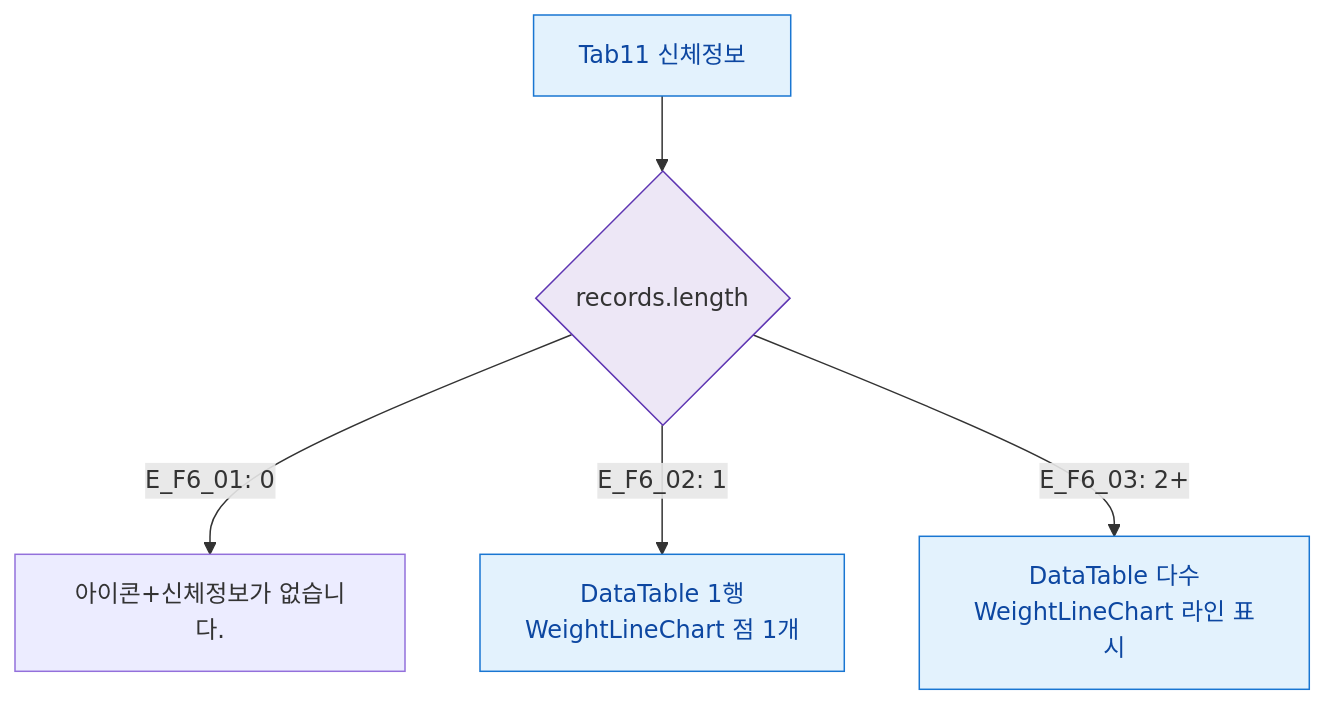
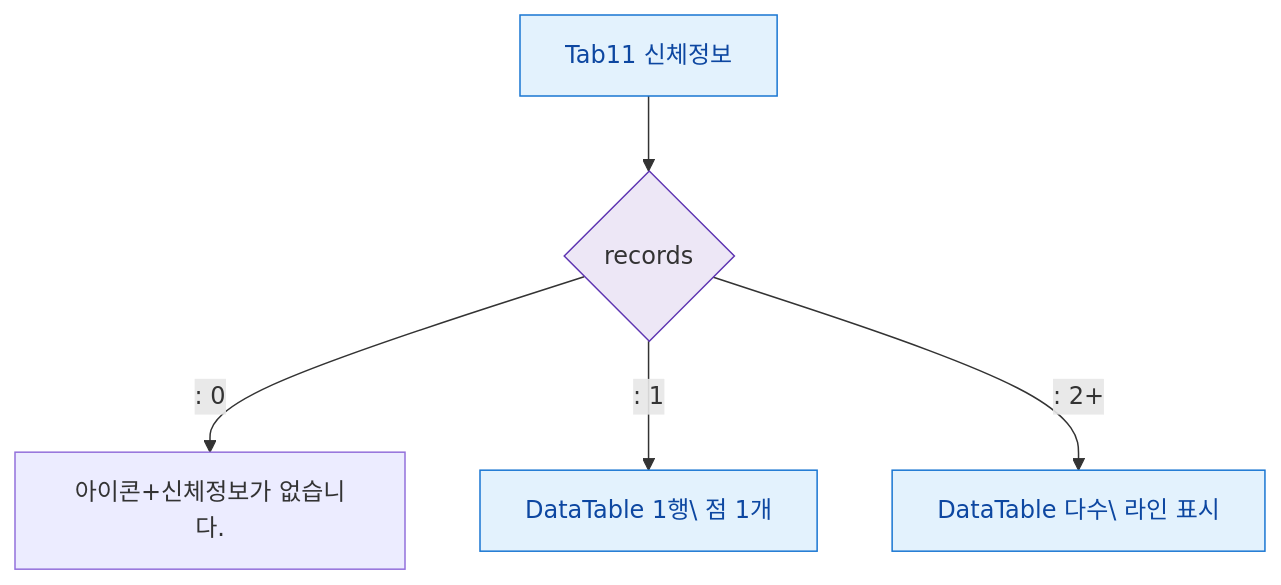
One commit to dev-spogym/admin-pando changed the diagram in docs/다이어그램/D02_회원관리/SCR-M004_회원상세/Tab11_신체정보/F6_상태별.md. Above: the diagram before and after it, drawn with Mermaid. The commit also changed other lines of this file and 1660 other files, not shown here.

First line of the commit message:
다이어그램: 기획자/클라이언트 납품본으로 정리

````diff
--- a/docs/다이어그램/D02_회원관리/SCR-M004_회원상세/Tab11_신체정보/F6_상태별.md
+++ b/docs/다이어그램/D02_회원관리/SCR-M004_회원상세/Tab11_신체정보/F6_상태별.md
@@ -22,12 +20,12 @@
 ```mermaid
 flowchart TD
-  TAB[Tab11 신체정보] --> LIST{records.length}
-  LIST -->|"E_F6_01: 0"| EMPTY[아이콘+신체정보가 없습니다.]
-  LIST -->|"E_F6_02: 1"| ONE[DataTable 1행\nWeightLineChart 점 1개]
-  LIST -->|"E_F6_03: 2+"| MULTI[DataTable 다수\nWeightLineChart 라인 표시]
+  TAB[Tab11 신체정보] --> LIST{records}
+  LIST -->|": 0"|EMPTY[아이콘+신체정보가 없습니다.]
+  LIST -->|": 1"|ONE[DataTable 1행\ 점 1개]
+  LIST -->|": 2+"|MULTI[DataTable 다수\ 라인 표시]
 
   classDef screen fill:#E3F2FD,stroke:#1976D2,color:#0D47A1
   classDef system fill:#EDE7F6,stroke:#5E35B2
   class TAB,ONE,MULTI screen
   class LIST system
 ```
````
